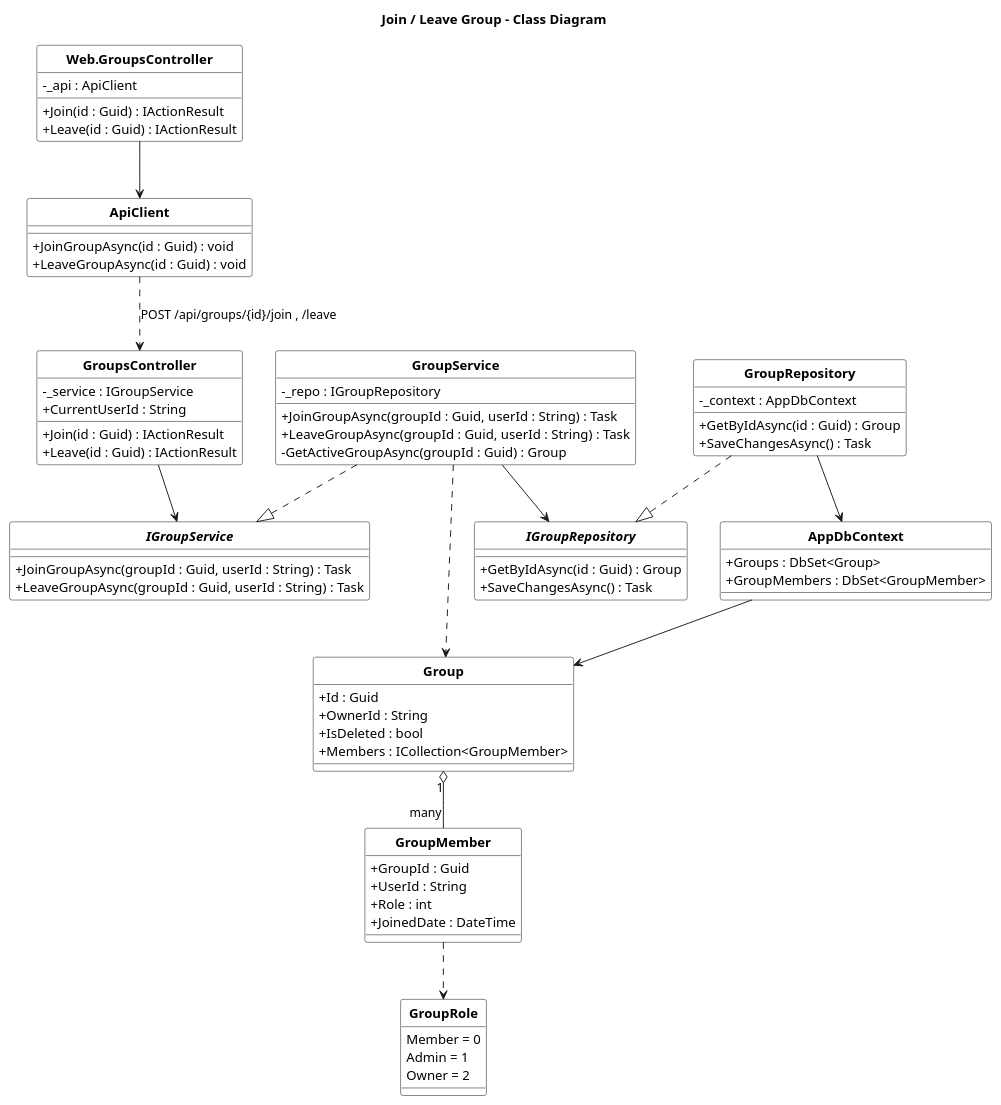
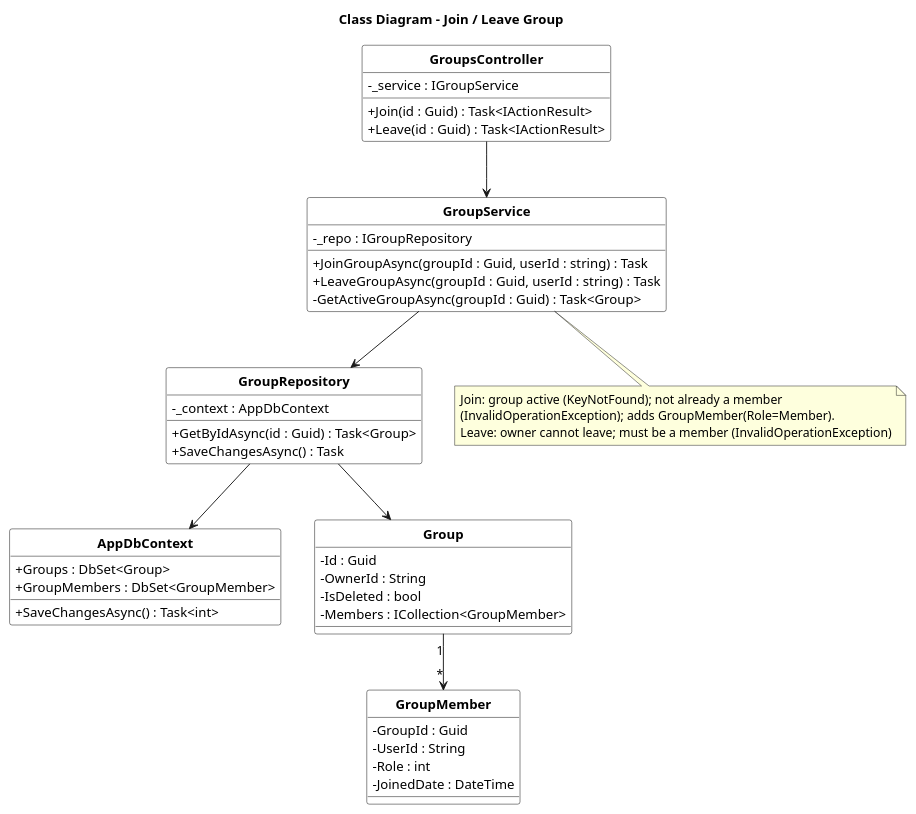
Before and after one commit to HKDuy23114/minisocial: the diagram in docs/diagrams/class/class_group_join_leave.puml, drawn with PlantUML. The commit also changed 9 other files, not shown here.

Commit message:
docs: rework group class diagrams to backend-layered per-feature style (match overview); add group feed & post delete

```diff
--- a/docs/diagrams/class/class_group_join_leave.puml
+++ b/docs/diagrams/class/class_group_join_leave.puml
@@ -1,86 +1,61 @@
 @startuml class_group_join_leave
-title Join / Leave Group - Class Diagram
 hide circle
 skinparam classAttributeIconSize 0
-skinparam packageStyle rectangle
 skinparam class {
   BackgroundColor white
   BorderColor black
   FontName "Arial"
   FontStyle bold
 }
-
-class "Web.GroupsController" as Web {
-  -_api : ApiClient
-  +Join(id : Guid) : IActionResult
-  +Leave(id : Guid) : IActionResult
-}
-
-class ApiClient {
-  +JoinGroupAsync(id : Guid) : void
-  +LeaveGroupAsync(id : Guid) : void
-}
+title Class Diagram - Join / Leave Group
 
 class GroupsController {
   -_service : IGroupService
-  +CurrentUserId : String
-  +Join(id : Guid) : IActionResult
-  +Leave(id : Guid) : IActionResult
+  +Join(id : Guid) : Task<IActionResult>
+  +Leave(id : Guid) : Task<IActionResult>
 }
 
-interface IGroupService {
-  +JoinGroupAsync(groupId : Guid, userId : String) : Task
-  +LeaveGroupAsync(groupId : Guid, userId : String) : Task
-}
 class GroupService {
   -_repo : IGroupRepository
-  +JoinGroupAsync(groupId : Guid, userId : String) : Task
-  +LeaveGroupAsync(groupId : Guid, userId : String) : Task
-  -GetActiveGroupAsync(groupId : Guid) : Group
+  +JoinGroupAsync(groupId : Guid, userId : string) : Task
+  +LeaveGroupAsync(groupId : Guid, userId : string) : Task
+  -GetActiveGroupAsync(groupId : Guid) : Task<Group>
 }
 
-interface IGroupRepository {
-  +GetByIdAsync(id : Guid) : Group
-  +SaveChangesAsync() : Task
-}
 class GroupRepository {
   -_context : AppDbContext
-  +GetByIdAsync(id : Guid) : Group
+  +GetByIdAsync(id : Guid) : Task<Group>
   +SaveChangesAsync() : Task
 }
 
 class AppDbContext {
   +Groups : DbSet<Group>
   +GroupMembers : DbSet<GroupMember>
+  +SaveChangesAsync() : Task<int>
 }
 
 class Group {
-  +Id : Guid
-  +OwnerId : String
-  +IsDeleted : bool
-  +Members : ICollection<GroupMember>
+  -Id : Guid
+  -OwnerId : String
+  -IsDeleted : bool
+  -Members : ICollection<GroupMember>
 }
 class GroupMember {
-  +GroupId : Guid
-  +UserId : String
-  +Role : int
-  +JoinedDate : DateTime
-}
-enum GroupRole {
-  Member = 0
-  Admin = 1
-  Owner = 2
+  -GroupId : Guid
+  -UserId : String
+  -Role : int
+  -JoinedDate : DateTime
 }
 
-Web --> ApiClient
-ApiClient ..> GroupsController : POST /api/groups/{id}/join , /leave
-GroupsController --> IGroupService
-GroupService ..|> IGroupService
-GroupService --> IGroupRepository
-GroupRepository ..|> IGroupRepository
+GroupsController --> GroupService
+GroupService --> GroupRepository
 GroupRepository --> AppDbContext
-AppDbContext --> Group
-Group "1" o-- "many" GroupMember
-GroupMember ..> GroupRole
-GroupService ..> Group
+GroupRepository --> Group
+Group "1" --> "*" GroupMember
+
+note bottom of GroupService
+  Join: group active (KeyNotFound); not already a member
+  (InvalidOperationException); adds GroupMember(Role=Member).
+  Leave: owner cannot leave; must be a member (InvalidOperationException)
+end note
 @enduml
```
